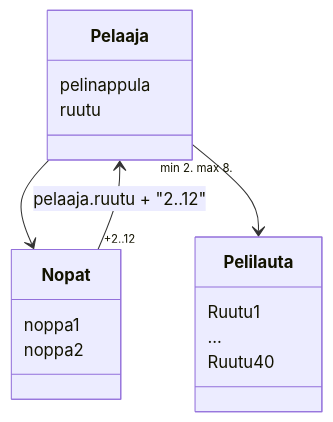
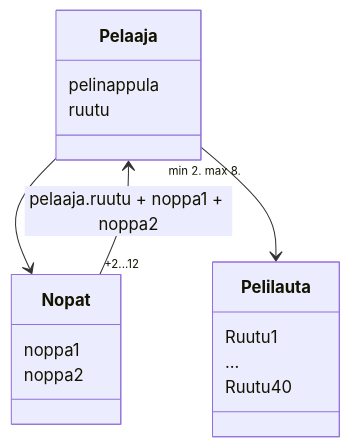
One commit to alumppio/ot-harjoitustyo changed the diagram in laskarit/viikko3/laajennettu_monopoli.md. Above: the diagram before and after it, drawn with Mermaid. The commit also changed 1 other file, not shown here.

Commit message:
monopoli.md

````diff
--- a/laskarit/viikko3/laajennettu_monopoli.md
+++ b/laskarit/viikko3/laajennettu_monopoli.md
@@ -3,26 +3,26 @@
 ```mermaid 
 
   classDiagram
       Pelaaja --> Nopat
-      Nopat "+2..12" --> Pelaaja : pelaaja.ruutu + "2..12"
+      Nopat "+2...12" --> Pelaaja : pelaaja.ruutu + noppa1 + noppa2
       Pelaaja "min 2. max 8." --> Pelilauta
 
     class Pelilauta{
         Ruutu1
         ...
         Ruutu40
 
     }
 
     class Nopat{
         noppa1
         noppa2
     }
 
 
       class Pelaaja{
           pelinappula
           ruutu
       }    
 
 ```
````
